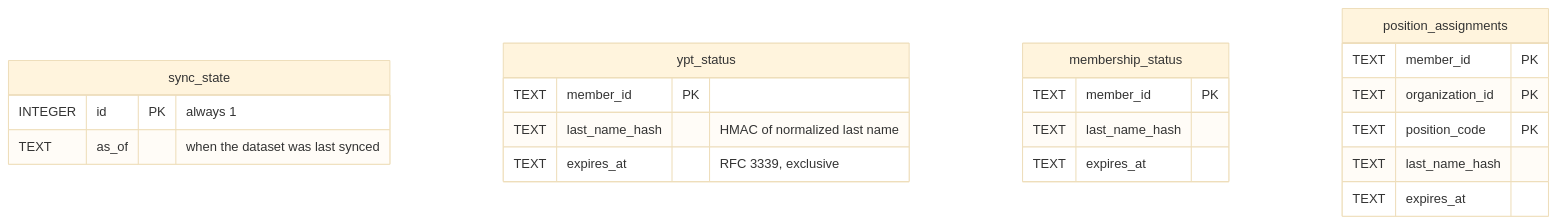
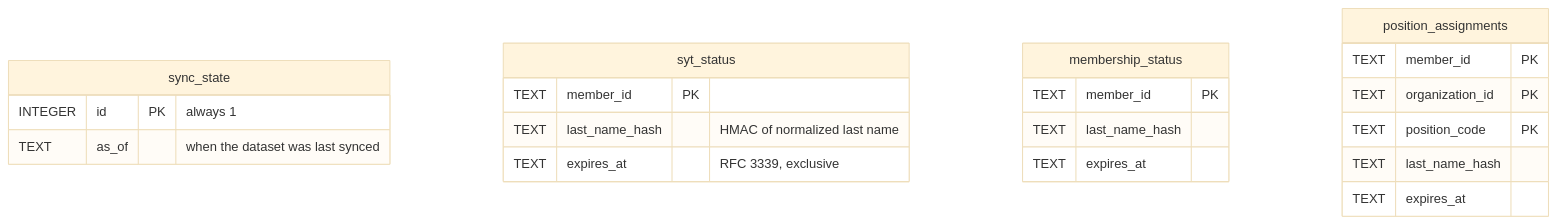
One commit to OpenSourceScouting/poc-scouting-api changed the third of 3 diagrams in docs/architecture.md. Above: the diagram before and after it, drawn with Mermaid (base theme). The commit also changed other lines of this file and 28 other files, not shown here.

First line of the commit message:
fix!: rename YPT to SYT (Safeguarding Youth Training)

````diff
--- a/docs/architecture.md
+++ b/docs/architecture.md
@@ -233,24 +233,24 @@
 ```mermaid
 erDiagram
   sync_state {
     INTEGER id PK "always 1"
     TEXT as_of "when the dataset was last synced"
   }
-  ypt_status {
+  syt_status {
     TEXT member_id PK
     TEXT last_name_hash "HMAC of normalized last name"
     TEXT expires_at "RFC 3339, exclusive"
   }
   membership_status {
     TEXT member_id PK
     TEXT last_name_hash
     TEXT expires_at
   }
   position_assignments {
     TEXT member_id PK
     TEXT organization_id PK
     TEXT position_code PK
     TEXT last_name_hash
     TEXT expires_at
   }
 ```
````
